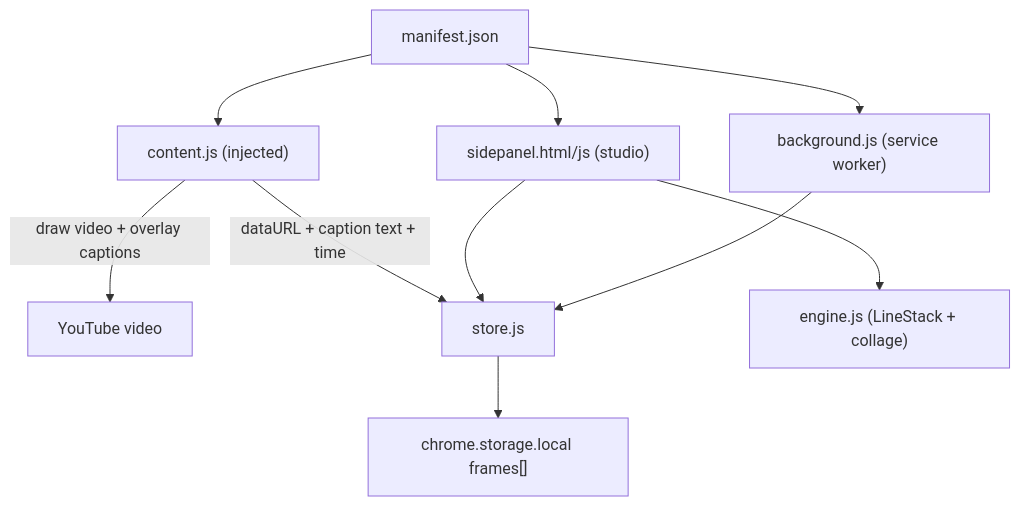
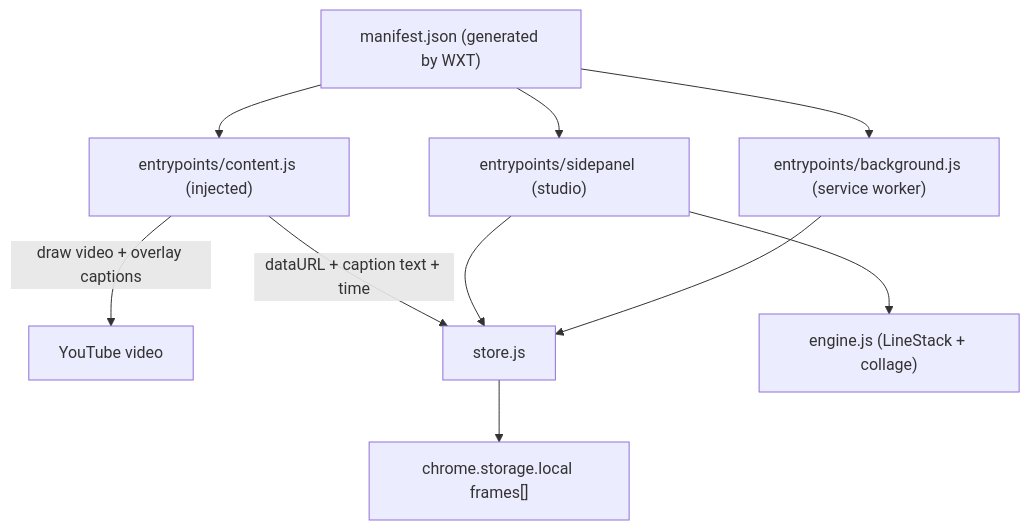
The diagram in README.md (leovoon/youtube-ss-img), drawn with Mermaid before and after one commit. The commit also changed other lines of this file and 19 other files, not shown here.

````diff
--- a/README.md
+++ b/README.md
@@ -81,12 +100,12 @@
 ```mermaid
 flowchart TD
-    M["manifest.json"] --> SP["sidepanel.html/js (studio)"]
-    M --> B["background.js (service worker)"]
-    M --> C["content.js (injected)"]
+    M["manifest.json (generated by WXT)"] --> SP["entrypoints/sidepanel (studio)"]
+    M --> B["entrypoints/background.js (service worker)"]
+    M --> C["entrypoints/content.js (injected)"]
     C -->|draw video + overlay captions| YT["YouTube video"]
     C -->|dataURL + caption text + time| STORE["store.js"]
     SP --> STORE
     B --> STORE
     STORE --> LS["chrome.storage.local frames[]"]
     SP --> ENG["engine.js (LineStack + collage)"]
 ```
````
